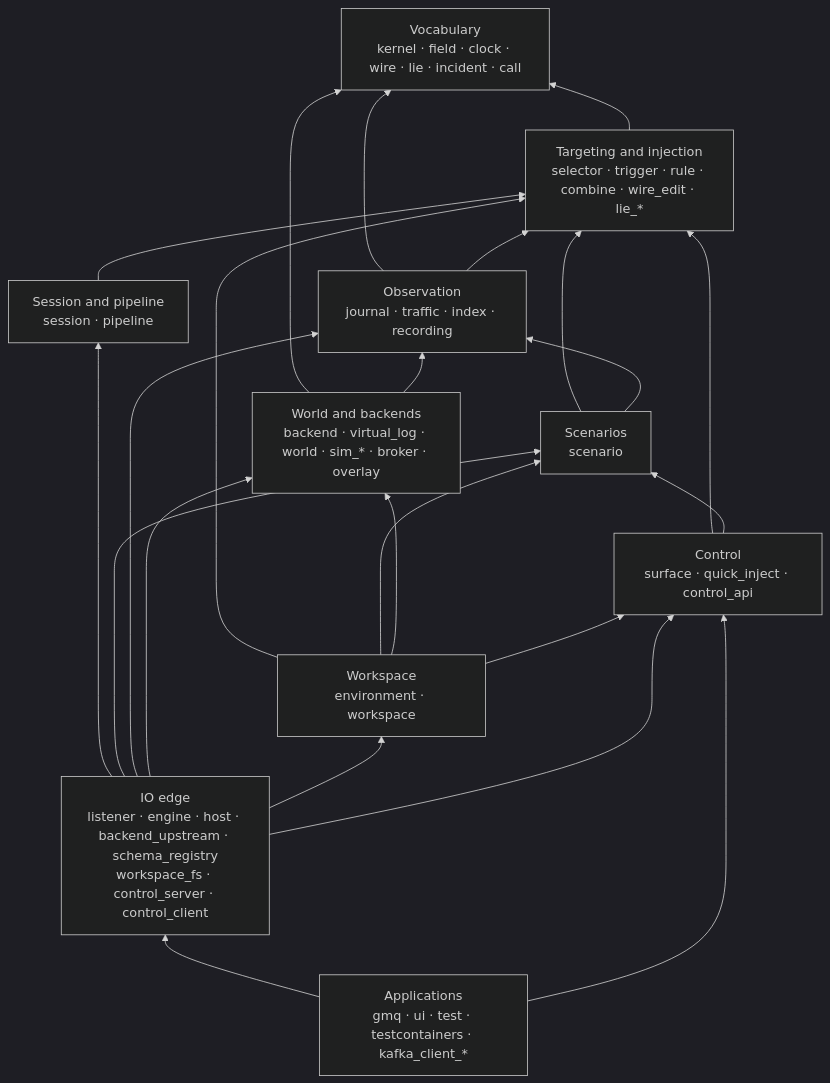
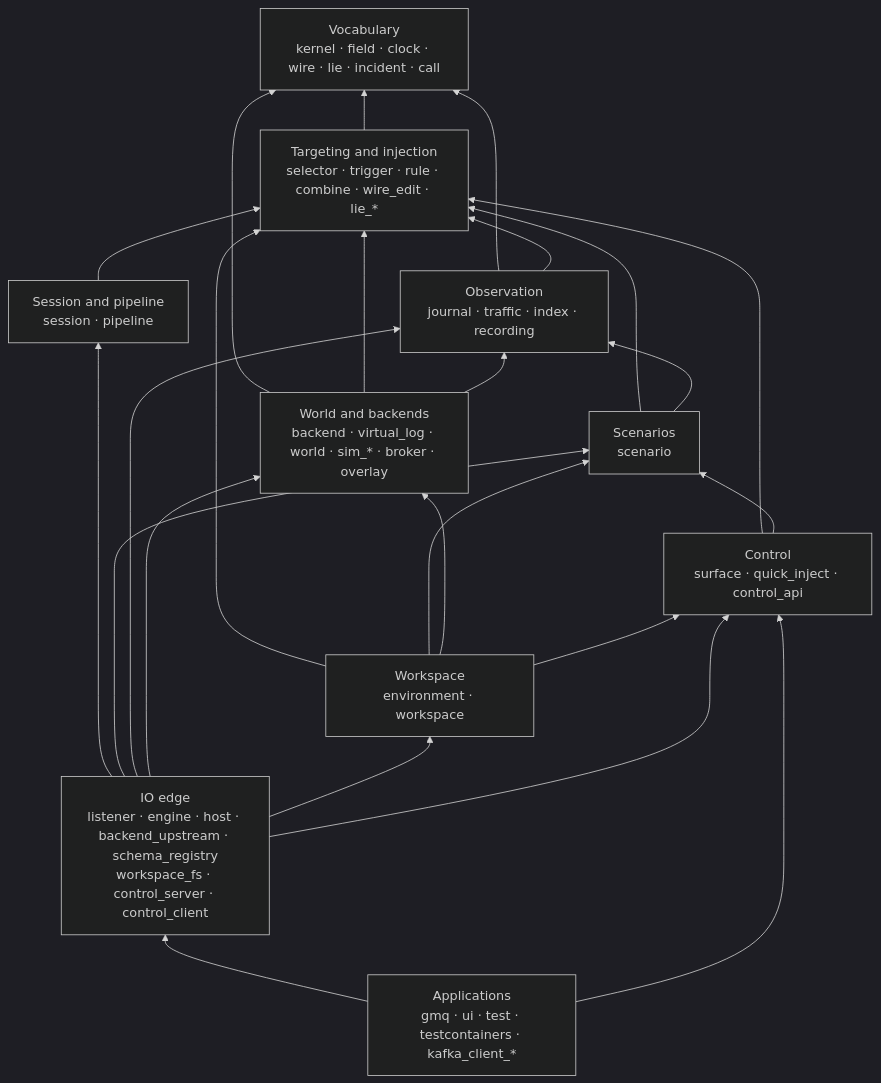
One commit to cruxy-eu/gaslightmq changed the diagram in docs/specs/architecture/crates.md. Above: the diagram before and after it, drawn with Mermaid (dark theme). The commit also changed other lines of this file and 17 other files, not shown here.

````diff
--- a/docs/specs/architecture/crates.md
+++ b/docs/specs/architecture/crates.md
@@ -128,36 +128,37 @@
 ```mermaid
 flowchart BT
   V["Vocabulary<br/>kernel · field · clock · wire · lie · incident · call"]
   T["Targeting and injection<br/>selector · trigger · rule · combine · wire_edit · lie_*"]
   P["Session and pipeline<br/>session · pipeline"]
   S["Scenarios<br/>scenario"]
   O["Observation<br/>journal · traffic · index · recording"]
   W["World and backends<br/>backend · virtual_log · world · sim_* · broker · overlay"]
   F["Workspace<br/>environment · workspace"]
   C["Control<br/>surface · quick_inject · control_api"]
   IO["IO edge<br/>listener · engine · host · backend_upstream · schema_registry<br/>workspace_fs · control_server · control_client"]
   A["Applications<br/>gmq · ui · test · testcontainers · kafka_client_*"]
 
   T --> V
   P --> T
   S --> T
   S --> O
   O --> V
   O --> T
   W --> V
+  W --> T
   W --> O
   F --> T
   F --> S
   F --> W
   F --> C
   C --> T
   C --> S
   IO --> P
   IO --> S
   IO --> O
   IO --> W
   IO --> F
   IO --> C
   A --> IO
   A --> C
 ```
````
